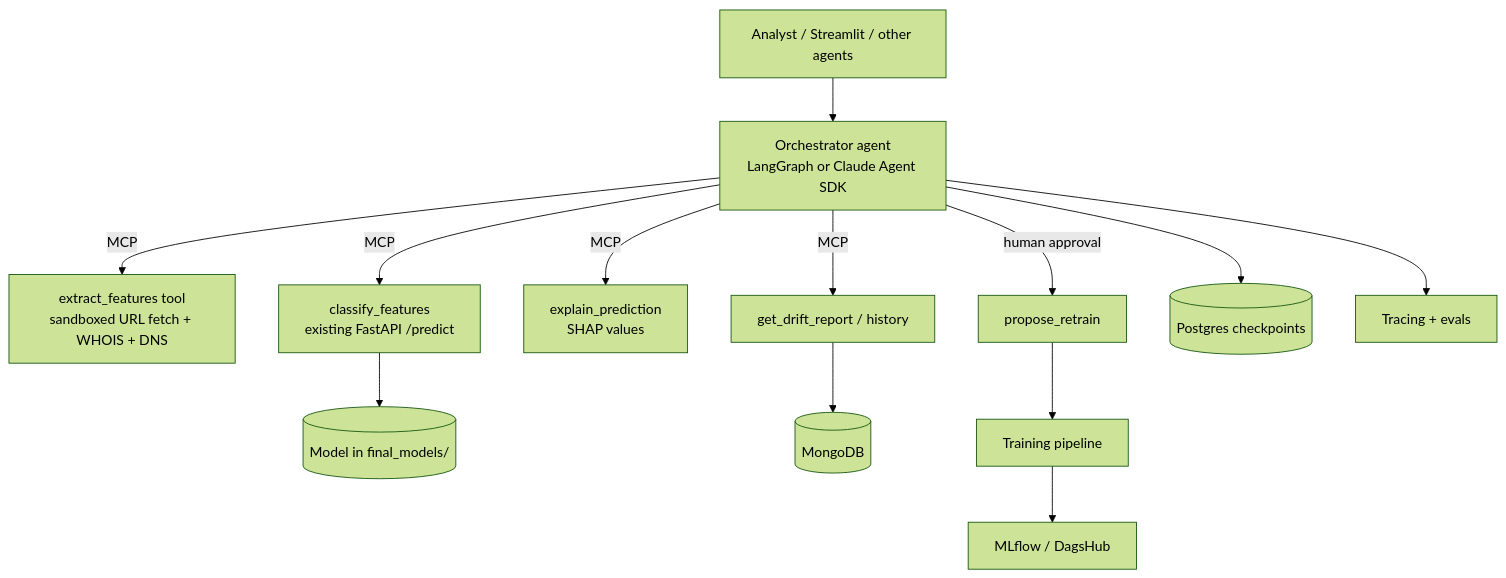
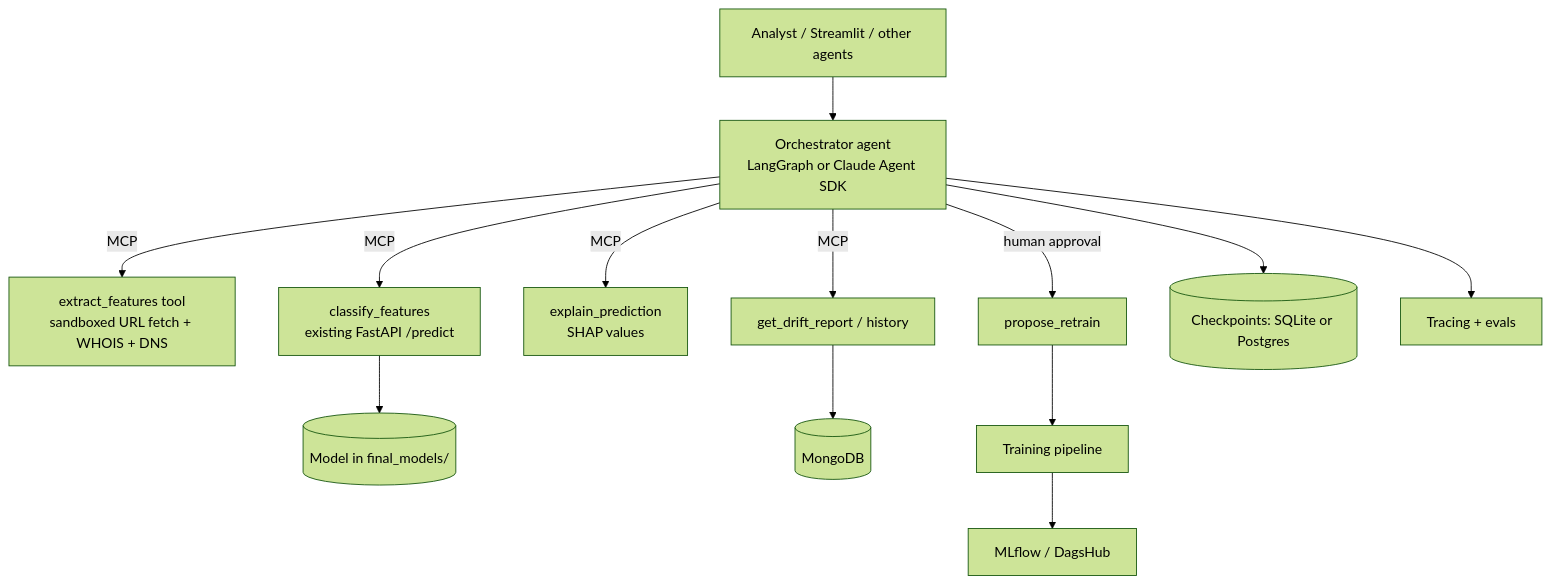
One commit to jsuryanm/network-security-mlops changed the first of 5 diagrams in docs/agentic_ai_roadmap.md. Above: the diagram before and after it, drawn with Mermaid (forest theme). The commit also changed other lines of this file and 1 other file, not shown here.

````diff
--- a/docs/agentic_ai_roadmap.md
+++ b/docs/agentic_ai_roadmap.md
@@ -36,14 +54,14 @@
 ```mermaid
 flowchart TD
     U[Analyst / Streamlit / other agents] --> O[Orchestrator agent<br/>LangGraph or Claude Agent SDK]
     O -->|MCP| T1[extract_features tool<br/>sandboxed URL fetch + WHOIS + DNS]
     O -->|MCP| T2[classify_features<br/>existing FastAPI /predict]
     O -->|MCP| T3[explain_prediction<br/>SHAP values]
     O -->|MCP| T4[get_drift_report / history]
     O -->|human approval| T5[propose_retrain]
     T2 --> M[(Model in final_models/)]
     T4 --> DB[(MongoDB)]
     T5 --> TP[Training pipeline] --> MF[MLflow / DagsHub]
-    O --> CP[(Postgres checkpoints)]
+    O --> CP[(Checkpoints: SQLite or Postgres)]
     O --> TR[Tracing + evals]
 ```
````
